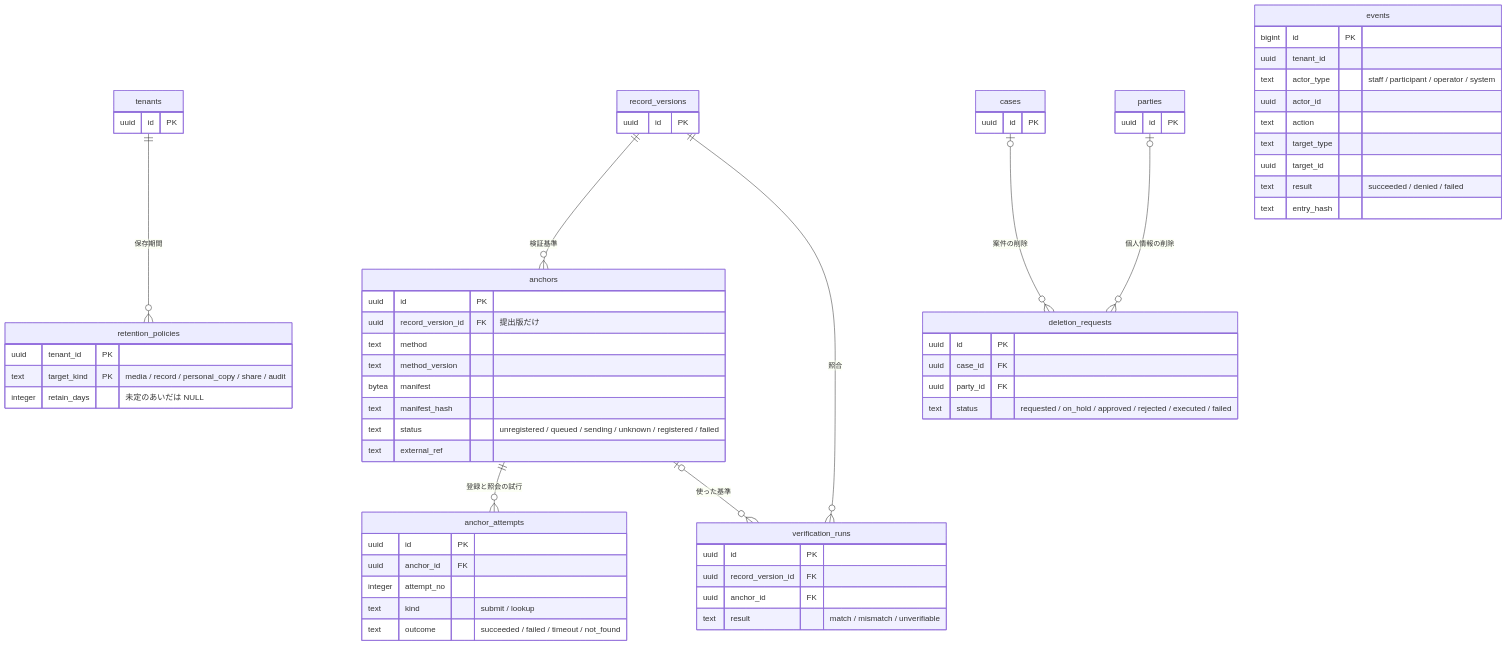
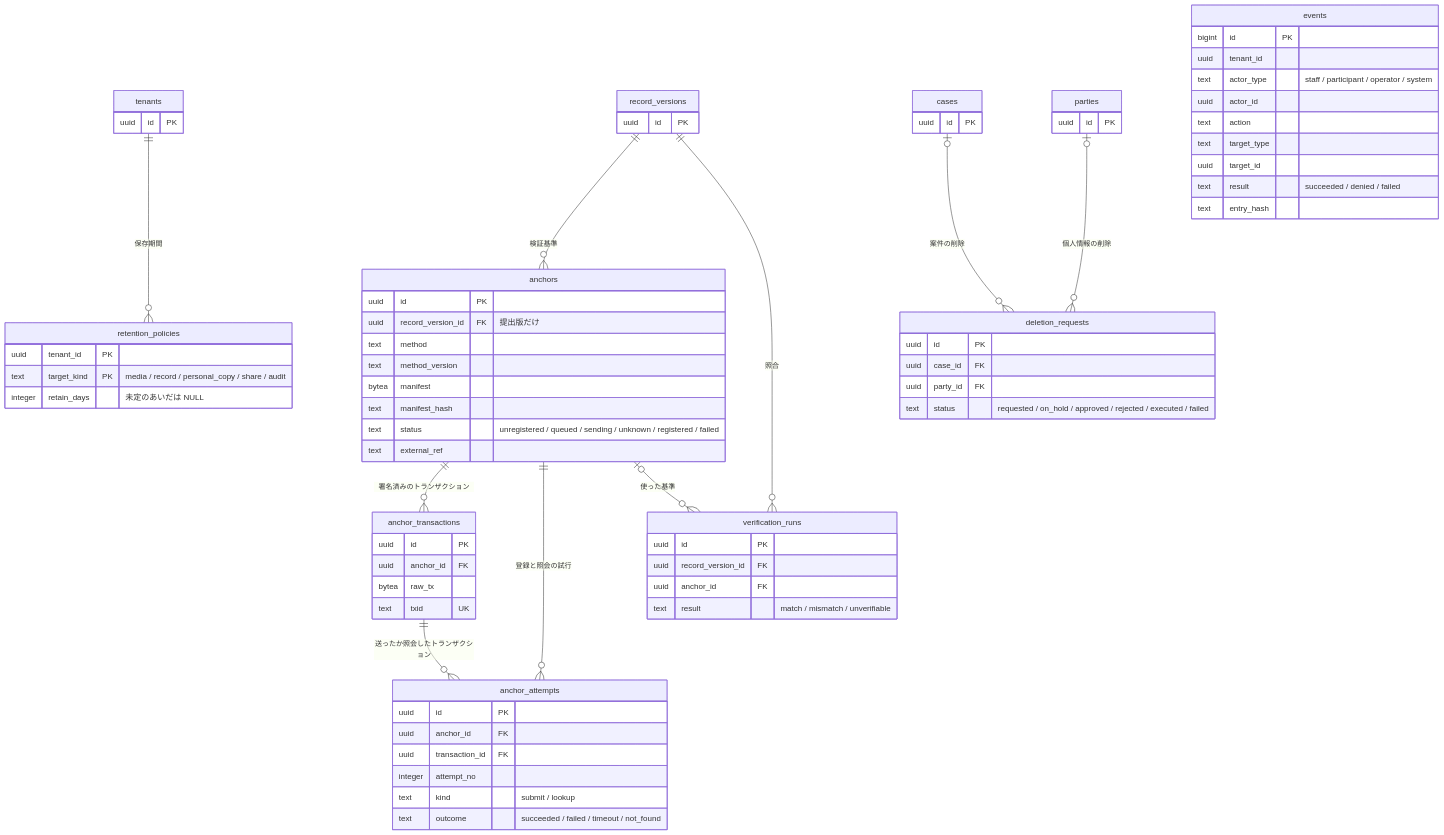
The fourth of 4 diagrams in docs/schema/er.md (nao317/mobile_tracer), drawn with Mermaid before and after one commit. The commit also changed 6 other files, not shown here.

````diff
--- a/docs/schema/er.md
+++ b/docs/schema/er.md
@@ -377,68 +377,77 @@
 ```mermaid
 erDiagram
   record_versions ||--o{ anchors : "検証基準"
+  anchors ||--o{ anchor_transactions : "署名済みのトランザクション"
   anchors ||--o{ anchor_attempts : "登録と照会の試行"
+  anchor_transactions ||--o{ anchor_attempts : "送ったか照会したトランザクション"
   record_versions ||--o{ verification_runs : "照合"
   anchors |o--o{ verification_runs : "使った基準"
   tenants ||--o{ retention_policies : "保存期間"
   cases |o--o{ deletion_requests : "案件の削除"
   parties |o--o{ deletion_requests : "個人情報の削除"
 
   record_versions {
     uuid id PK
   }
   tenants {
     uuid id PK
   }
   cases {
     uuid id PK
   }
   parties {
     uuid id PK
   }
   anchors {
     uuid id PK
     uuid record_version_id FK "提出版だけ"
     text method
     text method_version
     bytea manifest
     text manifest_hash
     text status "unregistered / queued / sending / unknown / registered / failed"
     text external_ref
   }
+  anchor_transactions {
+    uuid id PK
+    uuid anchor_id FK
+    bytea raw_tx
+    text txid UK
+  }
   anchor_attempts {
     uuid id PK
     uuid anchor_id FK
+    uuid transaction_id FK
     integer attempt_no
     text kind "submit / lookup"
     text outcome "succeeded / failed / timeout / not_found"
   }
   verification_runs {
     uuid id PK
     uuid record_version_id FK
     uuid anchor_id FK
     text result "match / mismatch / unverifiable"
   }
   retention_policies {
     uuid tenant_id PK
     text target_kind PK "media / record / personal_copy / share / audit"
     integer retain_days "未定のあいだは NULL"
   }
   deletion_requests {
     uuid id PK
     uuid case_id FK
     uuid party_id FK
     text status "requested / on_hold / approved / rejected / executed / failed"
   }
   events {
     bigint id PK
     uuid tenant_id
     text actor_type "staff / participant / operator / system"
     uuid actor_id
     text action
     text target_type
     uuid target_id
     text result "succeeded / denied / failed"
     text entry_hash
   }
 ```
````
